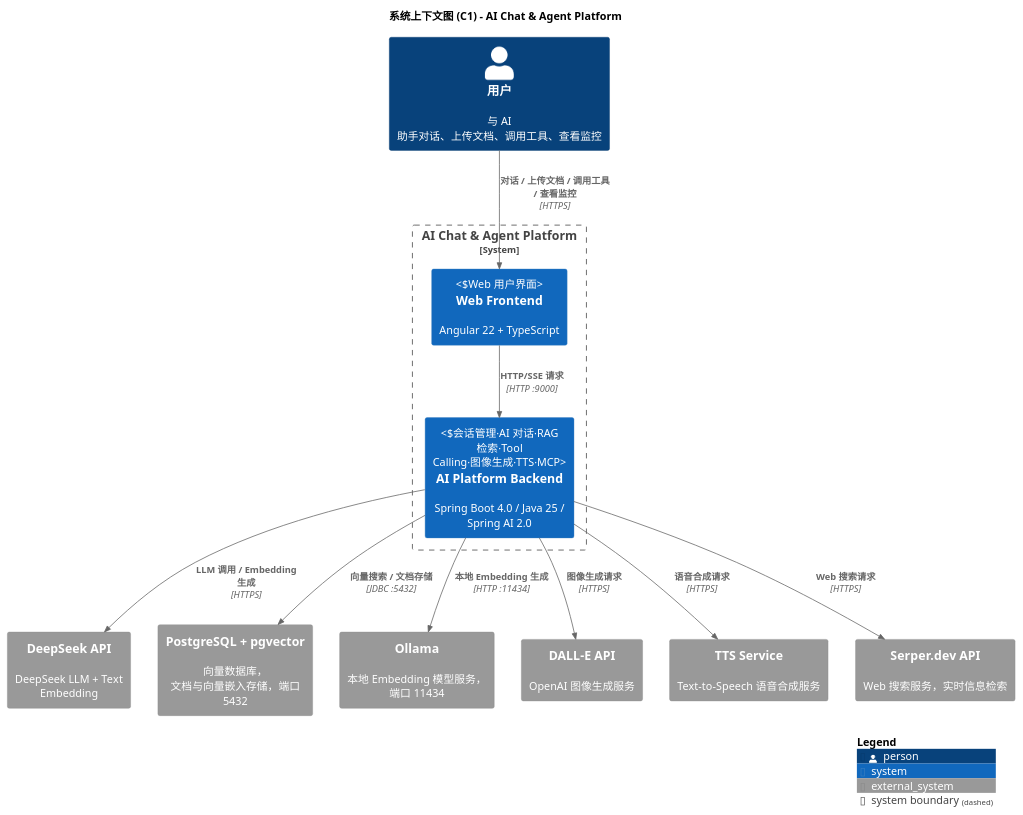
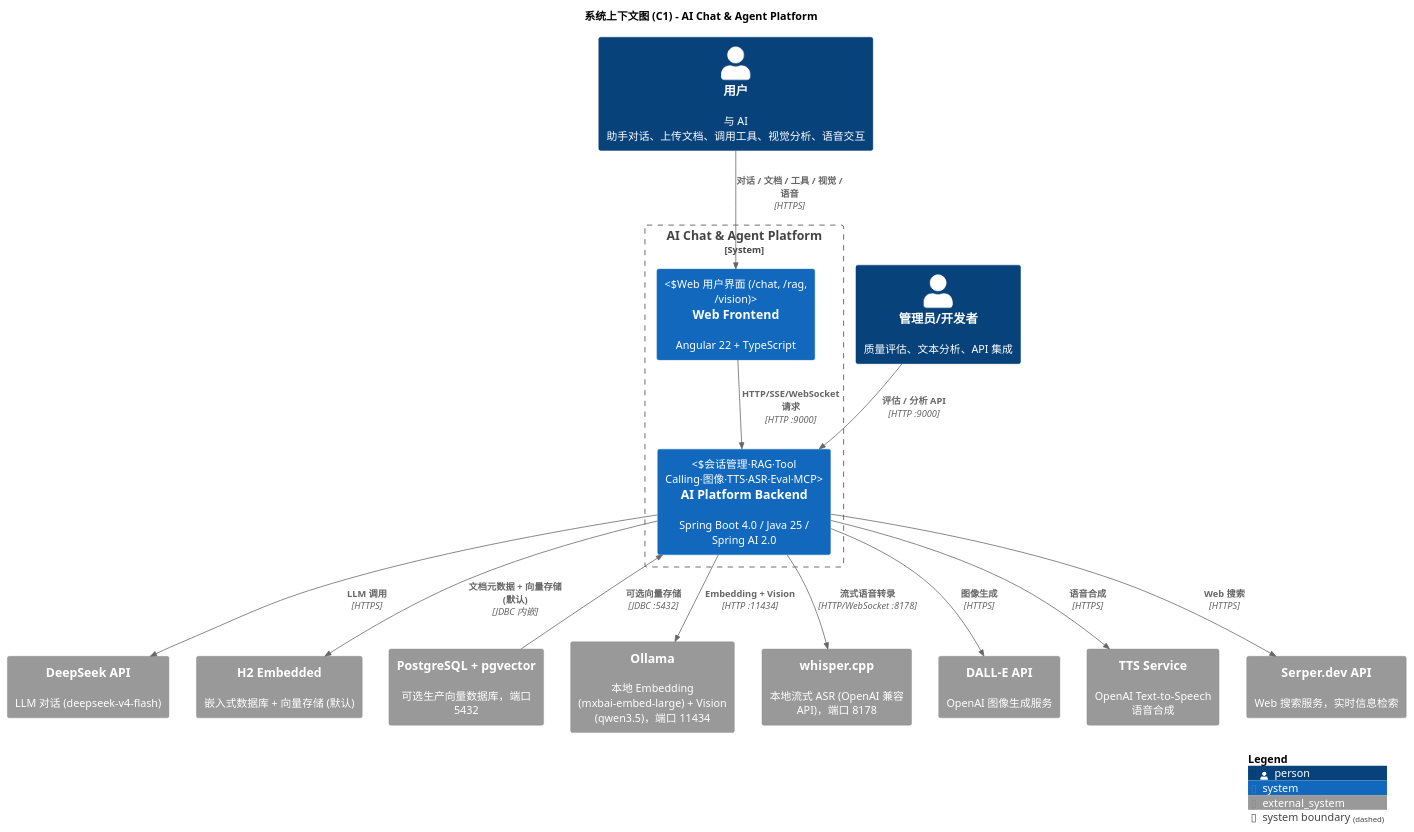
Before and after one commit to felixzhu97/explore-ai: the diagram in docs/c4/C1-Context.puml, drawn with PlantUML. The commit also changed 13 other files, not shown here.

```diff
--- a/docs/c4/C1-Context.puml
+++ b/docs/c4/C1-Context.puml
@@ -1,44 +1,51 @@
 @startuml C1-Context
 !include https://raw.githubusercontent.com/plantuml-stdlib/C4-PlantUML/master/C4_Context.puml
 
 LAYOUT_WITH_LEGEND()
 
 title 系统上下文图 (C1) - AI Chat & Agent Platform
 
 ' ============================================================
 ' PEOPLE - 人员
 ' ============================================================
-Person(user, "用户", "与 AI 助手对话、上传文档、调用工具、查看监控")
+Person(user, "用户", "与 AI 助手对话、上传文档、调用工具、视觉分析、语音交互")
+Person(admin, "管理员/开发者", "质量评估、文本分析、API 集成")
 
 ' ============================================================
 ' AI Chat & Agent Platform 系统边界
 ' ============================================================
 System_Boundary(ai_platform, "AI Chat & Agent Platform") {
-    System(frontend, "Web Frontend", "Angular 22 + TypeScript", "Web 用户界面")
-    System(backend, "AI Platform Backend", "Spring Boot 4.0 / Java 25 / Spring AI 2.0", "会话管理·AI 对话·RAG 检索·Tool Calling·图像生成·TTS·MCP")
+    System(frontend, "Web Frontend", "Angular 22 + TypeScript", "Web 用户界面 (/chat, /rag, /vision)")
+    System(backend, "AI Platform Backend", "Spring Boot 4.0 / Java 25 / Spring AI 2.0", "会话管理·RAG·Tool Calling·图像·TTS·ASR·Eval·MCP")
 }
 
 ' ============================================================
 ' EXTERNAL SYSTEMS - 外部系统
 ' ============================================================
-System_Ext(deepseek_api, "DeepSeek API", "DeepSeek LLM + Text Embedding")
-System_Ext(postgresql, "PostgreSQL + pgvector", "向量数据库，文档与向量嵌入存储，端口 5432")
-System_Ext(ollama, "Ollama", "本地 Embedding 模型服务，端口 11434")
+System_Ext(deepseek_api, "DeepSeek API", "LLM 对话 (deepseek-v4-flash)")
+System_Ext(h2_db, "H2 Embedded", "嵌入式数据库 + 向量存储 (默认)")
+System_Ext(postgresql, "PostgreSQL + pgvector", "可选生产向量数据库，端口 5432")
+System_Ext(ollama, "Ollama", "本地 Embedding (mxbai-embed-large) + Vision (qwen3.5)，端口 11434")
+System_Ext(whisper_cpp, "whisper.cpp", "本地流式 ASR (OpenAI 兼容 API)，端口 8178")
 System_Ext(dalle_api, "DALL-E API", "OpenAI 图像生成服务")
-System_Ext(tts_api, "TTS Service", "Text-to-Speech 语音合成服务")
+System_Ext(tts_api, "TTS Service", "OpenAI Text-to-Speech 语音合成")
 System_Ext(serper_api, "Serper.dev API", "Web 搜索服务，实时信息检索")
 
 ' ============================================================
 ' RELATIONSHIPS - 关系
 ' ============================================================
-Rel(user, frontend, "对话 / 上传文档 / 调用工具 / 查看监控", "HTTPS")
-Rel(frontend, backend, "HTTP/SSE 请求", "HTTP :9000")
-Rel(backend, deepseek_api, "LLM 调用 / Embedding 生成", "HTTPS")
-Rel(backend, postgresql, "向量搜索 / 文档存储", "JDBC :5432")
-Rel(backend, ollama, "本地 Embedding 生成", "HTTP :11434")
-Rel(backend, dalle_api, "图像生成请求", "HTTPS")
-Rel(backend, tts_api, "语音合成请求", "HTTPS")
-Rel(backend, serper_api, "Web 搜索请求", "HTTPS")
+Rel(user, frontend, "对话 / 文档 / 工具 / 视觉 / 语音", "HTTPS")
+Rel(admin, backend, "评估 / 分析 API", "HTTP :9000")
+Rel(frontend, backend, "HTTP/SSE/WebSocket 请求", "HTTP :9000")
+
+Rel(backend, deepseek_api, "LLM 调用", "HTTPS")
+Rel(backend, h2_db, "文档元数据 + 向量存储 (默认)", "JDBC 内嵌")
+Rel_Back(backend, postgresql, "可选向量存储", "JDBC :5432")
+Rel(backend, ollama, "Embedding + Vision", "HTTP :11434")
+Rel(backend, whisper_cpp, "流式语音转录", "HTTP/WebSocket :8178")
+Rel(backend, dalle_api, "图像生成", "HTTPS")
+Rel(backend, tts_api, "语音合成", "HTTPS")
+Rel(backend, serper_api, "Web 搜索", "HTTPS")
 
 SHOW_LEGEND()
 @enduml
```
